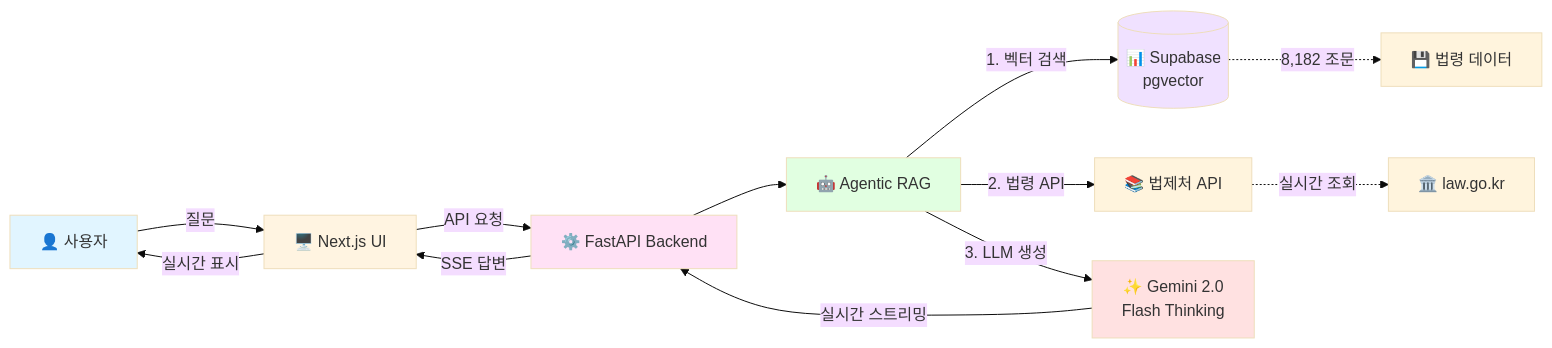
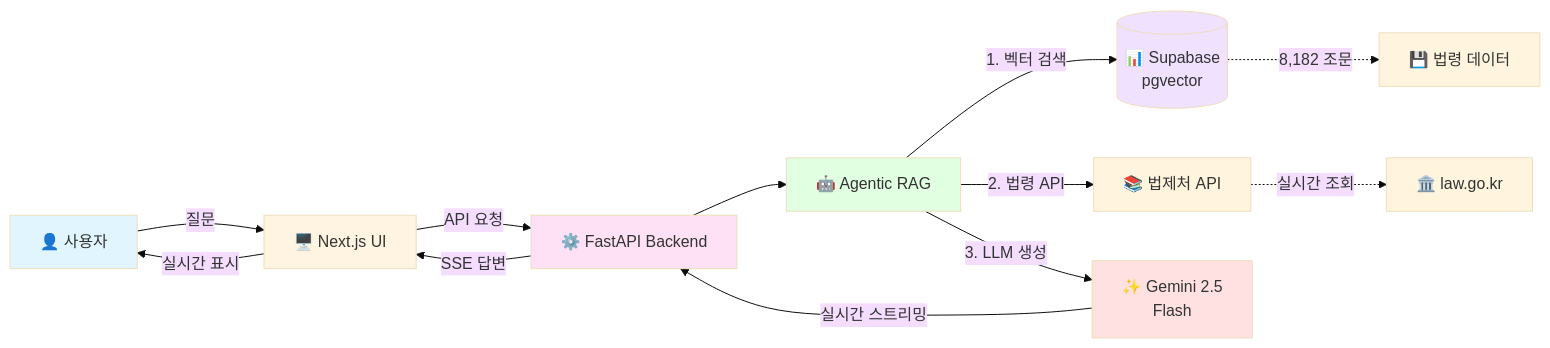
One commit to Geundol222/lawbot-kr changed the diagram in README.md. Above: the diagram before and after it, drawn with Mermaid (base theme). The commit also changed other lines of this file and 10 other files, not shown here.

````diff
--- a/README.md
+++ b/README.md
@@ -61,25 +61,25 @@
 ```mermaid
 flowchart LR
     User[👤 사용자] -->|질문| Frontend[🖥️ Next.js UI]
     Frontend -->|API 요청| Backend[⚙️ FastAPI Backend]
 
     Backend --> Agent[🤖 Agentic RAG]
 
     Agent -->|1. 벡터 검색| VectorDB[(📊 Supabase<br/>pgvector)]
     Agent -->|2. 법령 API| LawAPI[📚 법제처 API]
-    Agent -->|3. LLM 생성| Gemini[✨ Gemini 2.0<br/>Flash Thinking]
+    Agent -->|3. LLM 생성| Gemini[✨ Gemini 2.5<br/>Flash]
 
     VectorDB -.->|8,182 조문| Data[💾 법령 데이터]
     LawAPI -.->|실시간 조회| LawGov[🏛️ law.go.kr]
 
     Gemini -->|실시간 스트리밍| Backend
     Backend -->|SSE 답변| Frontend
     Frontend -->|실시간 표시| User
 
     style User fill:#e1f5ff
     style Frontend fill:#fff4e1
     style Backend fill:#ffe1f5
     style Agent fill:#e1ffe1
     style VectorDB fill:#f0e1ff
     style Gemini fill:#ffe1e1
 ```
````
